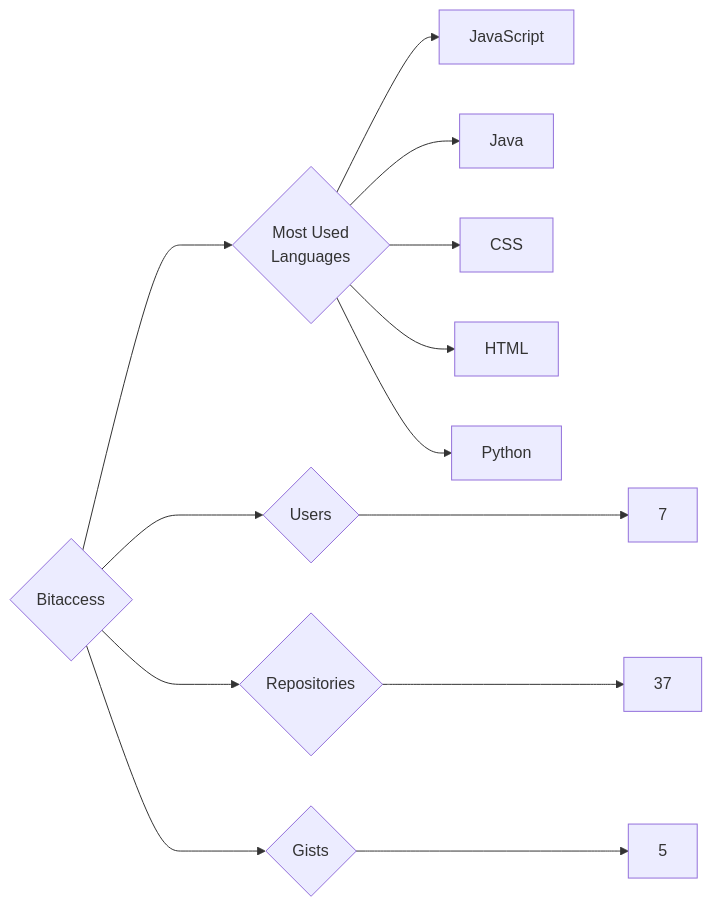
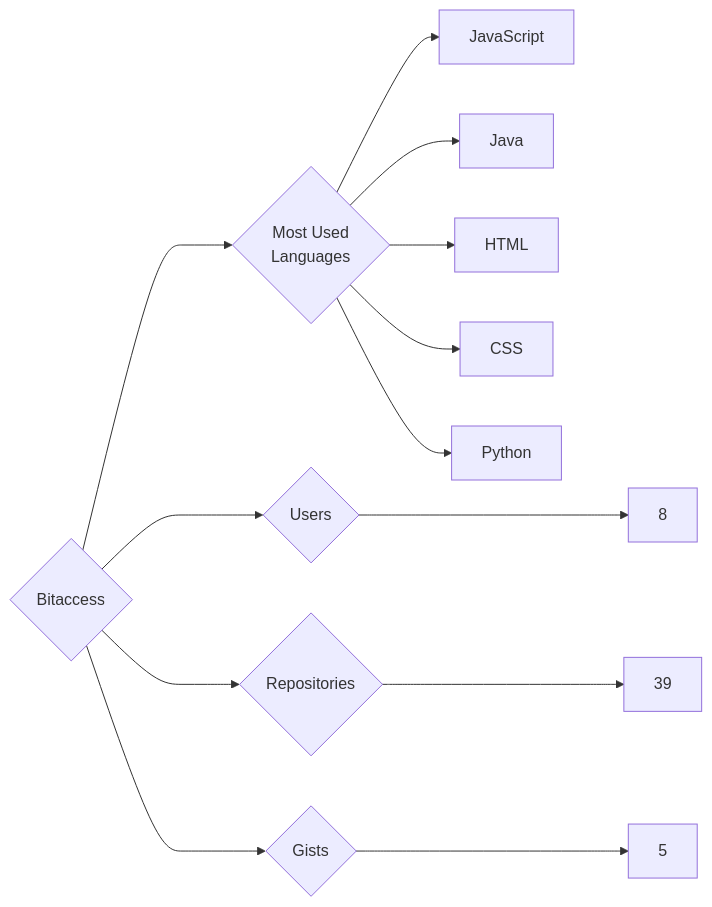
Before and after one commit to trickest/insiders: the diagram in targets/Bitaccess/README.md, drawn with Mermaid. The commit also changed 997 other files, not shown here.

````diff
--- a/targets/Bitaccess/README.md
+++ b/targets/Bitaccess/README.md
@@ -3,13 +3,13 @@
 ```mermaid
 graph LR
 COMPANY_NAME{Bitaccess}
-COMPANY_NAME ---> U{Users} ---> UN[7]
-COMPANY_NAME ---> R{Repositories} ---> RN[37]
+COMPANY_NAME ---> U{Users} ---> UN[8]
+COMPANY_NAME ---> R{Repositories} ---> RN[39]
 COMPANY_NAME ---> G{Gists} ---> GN[5]
 COMPANY_NAME ---> ML{Most Used<br>Languages}
 ML --> JavaScript[JavaScript]
 ML --> Java[Java]
+ML --> HTML[HTML]
 ML --> CSS[CSS]
-ML --> HTML[HTML]
 ML --> Python[Python]
 ```
````
